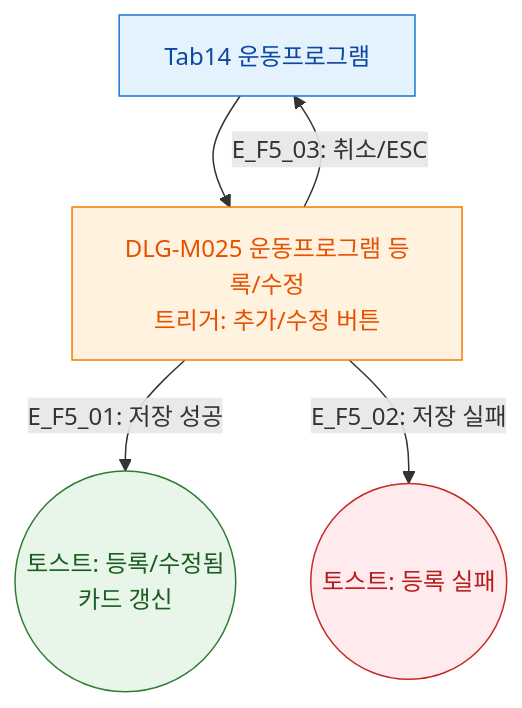
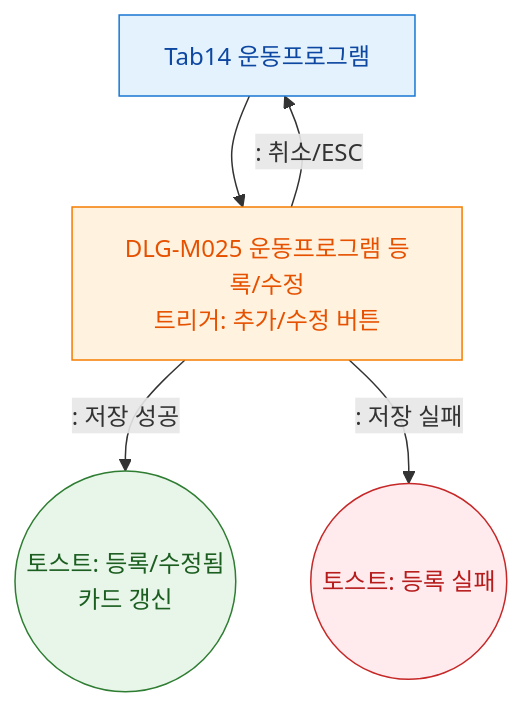
One commit to dev-spogym/admin-pando changed the diagram in docs/다이어그램/D02_회원관리/SCR-M004_회원상세/Tab14_운동프로그램/F5_모달트리거.md. Above: the diagram before and after it, drawn with Mermaid. The commit also changed other lines of this file and 1660 other files, not shown here.

First line of the commit message:
다이어그램: 기획자/클라이언트 납품본으로 정리

````diff
--- a/docs/다이어그램/D02_회원관리/SCR-M004_회원상세/Tab14_운동프로그램/F5_모달트리거.md
+++ b/docs/다이어그램/D02_회원관리/SCR-M004_회원상세/Tab14_운동프로그램/F5_모달트리거.md
@@ -22,16 +20,16 @@
 ```mermaid
 flowchart TD
   TAB[Tab14 운동프로그램] --> DLG_M025[DLG-M025 운동프로그램 등록/수정\n트리거: 추가/수정 버튼]
-  DLG_M025 -->|"E_F5_01: 저장 성공"| OK((토스트: 등록/수정됨\n카드 갱신))
-  DLG_M025 -->|"E_F5_02: 저장 실패"| ERR((토스트: 등록 실패))
-  DLG_M025 -->|"E_F5_03: 취소/ESC"| TAB
+  DLG_M025 -->|": 저장 성공"|OK((토스트: 등록/수정됨\n카드 갱신))
+  DLG_M025 -->|": 저장 실패"|ERR((토스트: 등록 실패))
+  DLG_M025 -->|": 취소/ESC"|TAB
 
   classDef screen fill:#E3F2FD,stroke:#1976D2,color:#0D47A1
   classDef modal fill:#FFF3E0,stroke:#F57C00,color:#E65100
   classDef success fill:#E8F5E9,stroke:#2E7D32,color:#1B5E20
   classDef error fill:#FFEBEE,stroke:#C62828,color:#B71C1C
   class TAB screen
   class DLG_M025 modal
   class OK success
   class ERR error
 ```
````
